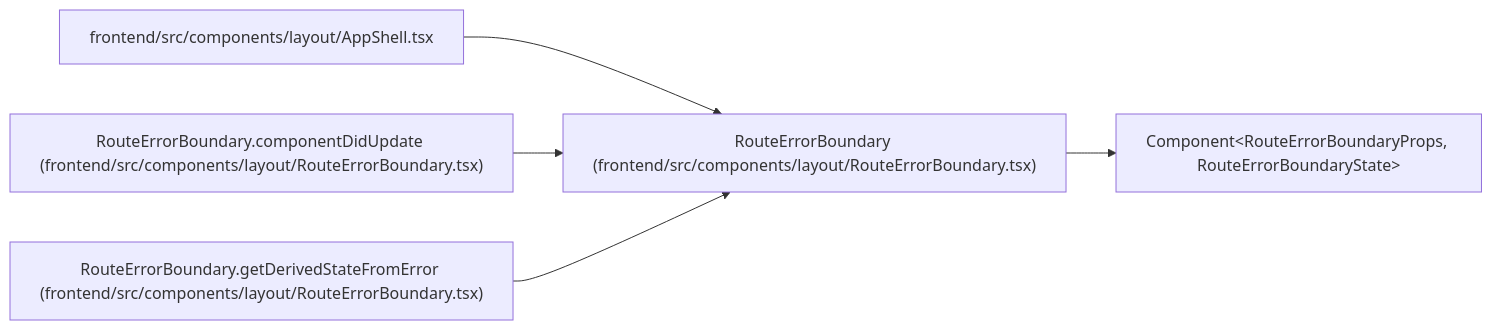
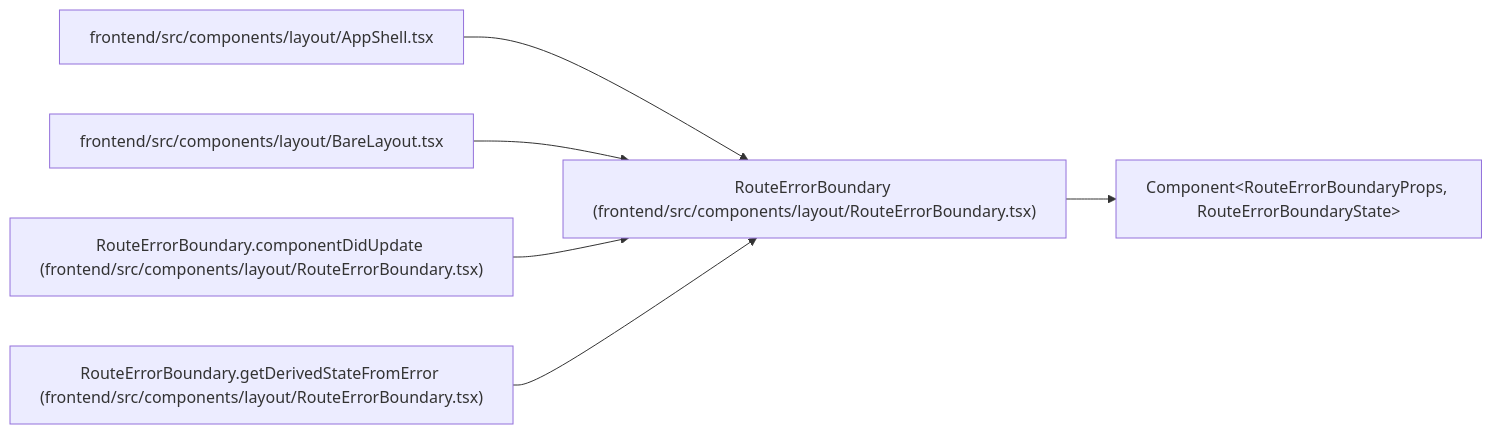
One commit to Denissvgn/WorkChord changed the diagram in docs/llm_wiki/entities/RouteErrorBoundary.md. Above: the diagram before and after it, drawn with Mermaid. The commit also changed other lines of this file and 2373 other files, not shown here.

````diff
--- a/docs/llm_wiki/entities/RouteErrorBoundary.md
+++ b/docs/llm_wiki/entities/RouteErrorBoundary.md
@@ -30,16 +30,19 @@
 ```mermaid
 flowchart LR
     n0["RouteErrorBoundary (frontend/src/components/layout/RouteErrorBoundary.tsx)"]
     n1["Component#60;RouteErrorBoundaryProps, RouteErrorBoundaryState#62;"]
     n2["frontend/src/components/layout/AppShell.tsx"]
-    n3["RouteErrorBoundary.componentDidUpdate (frontend/src/components/layout/RouteErrorBoundary.tsx)"]
-    n4["RouteErrorBoundary.getDerivedStateFromError (frontend/src/components/layout/RouteErrorBoundary.tsx)"]
+    n3["frontend/src/components/layout/BareLayout.tsx"]
+    n4["RouteErrorBoundary.componentDidUpdate (frontend/src/components/layout/RouteErrorBoundary.tsx)"]
+    n5["RouteErrorBoundary.getDerivedStateFromError (frontend/src/components/layout/RouteErrorBoundary.tsx)"]
     n0 --> n1
     n2 --> n0
     n3 --> n0
     n4 --> n0
+    n5 --> n0
     click n0 "../modules/RouteErrorBoundary.md"
     click n2 "../modules/AppShell.md"
-    click n3 "../modules/RouteErrorBoundary.md"
+    click n3 "../modules/BareLayout.md"
     click n4 "../modules/RouteErrorBoundary.md"
+    click n5 "../modules/RouteErrorBoundary.md"
 ```
````
